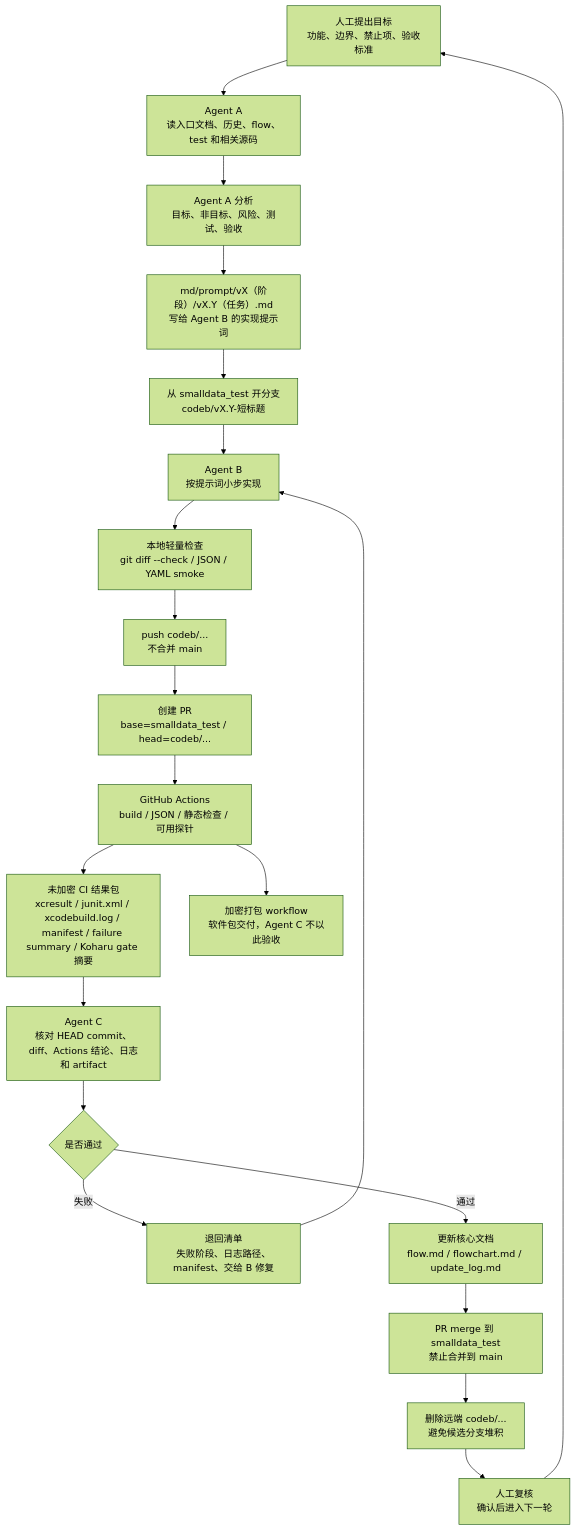
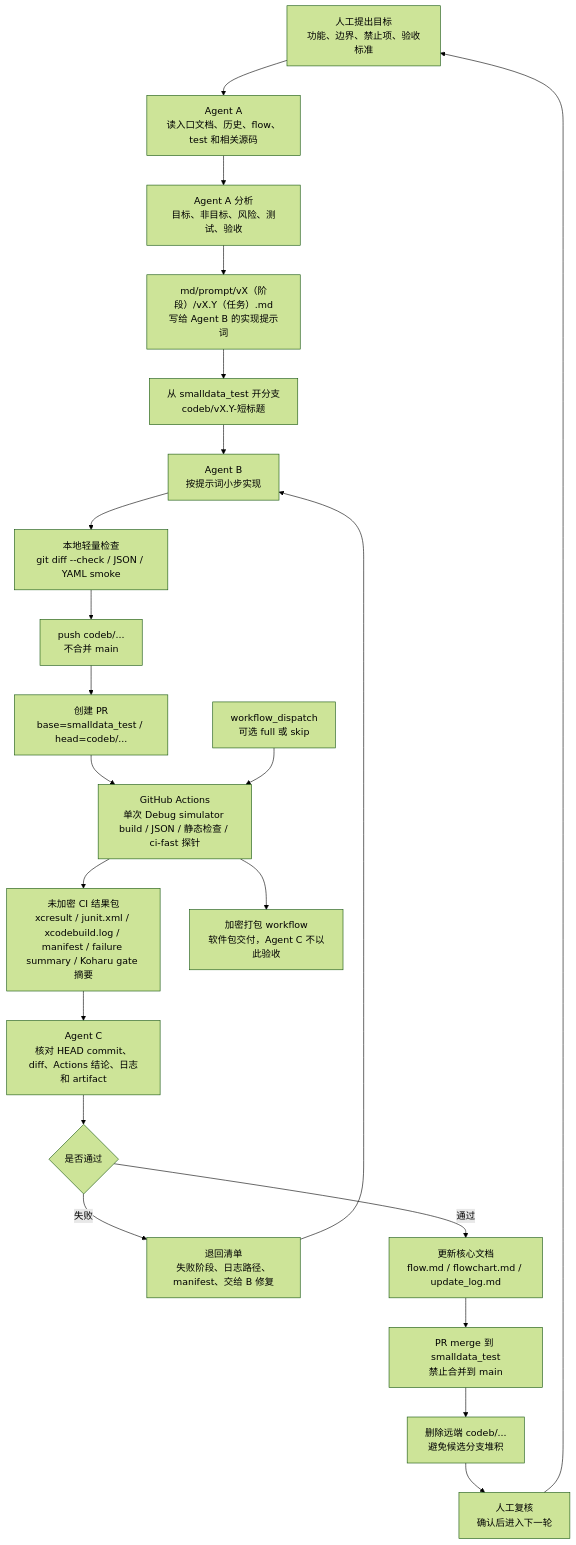
One commit to bengzhu/project1_lgbt_naxida changed the third of 3 diagrams in md/flow/flowchart.md. Above: the diagram before and after it, drawn with Mermaid (forest theme). The commit also changed other lines of this file and 9 other files, not shown here.

````diff
--- a/md/flow/flowchart.md
+++ b/md/flow/flowchart.md
@@ -118,34 +120,35 @@
 ```mermaid
 flowchart TD
   %% 人工输入：目标和约束
   H["人工提出目标<br/>功能、边界、禁止项、验收标准"] --> A1["Agent A<br/>读入口文档、历史、flow、test 和相关源码"]
 
   %% Agent A 输出版本化提示词
   A1 --> A2["Agent A 分析<br/>目标、非目标、风险、测试、验收"]
   A2 --> P["md/prompt/vX（阶段）/vX.Y（任务）.md<br/>写给 Agent B 的实现提示词"]
 
   %% Agent B 实现、轻量检查和推送
   P --> B0["从 smalldata_test 开分支<br/>codeb/vX.Y-短标题"]
   B0 --> B1["Agent B<br/>按提示词小步实现"]
   B1 --> B2["本地轻量检查<br/>git diff --check / JSON / YAML smoke"]
   B2 --> B3["push codeb/...<br/>不合并 main"]
   B3 --> B4["创建 PR<br/>base=smalldata_test / head=codeb/..."]
 
   %% 云端验证和结果包
-  B4 --> G1["GitHub Actions<br/>build / JSON / 静态检查 / 可用探针"]
+  B4 --> G1["GitHub Actions<br/>单次 Debug simulator build / JSON / 静态检查 / ci-fast 探针"]
+  G0["workflow_dispatch<br/>可选 full 或 skip"] --> G1
   G1 --> G2["未加密 CI 结果包<br/>xcresult / junit.xml / xcodebuild.log / manifest / failure summary / Koharu gate 摘要"]
   G1 --> G3["加密打包 workflow<br/>软件包交付，Agent C 不以此验收"]
 
   %% Agent C 验收和文档同步
   G2 --> C1["Agent C<br/>核对 HEAD commit、diff、Actions 结论、日志和 artifact"]
   C1 --> CFail{"是否通过"}
   CFail -- "失败" --> R["退回清单<br/>失败阶段、日志路径、manifest、交给 B 修复"]
   R --> B1
   CFail -- "通过" --> C2["更新核心文档<br/>flow.md / flowchart.md / update_log.md"]
   C2 --> C3["PR merge 到 smalldata_test<br/>禁止合并到 main"]
   C3 --> C4["删除远端 codeb/...<br/>避免候选分支堆积"]
 
   %% 回到人工
   C4 --> H2["人工复核<br/>确认后进入下一轮"]
   H2 --> H
 ```
````
